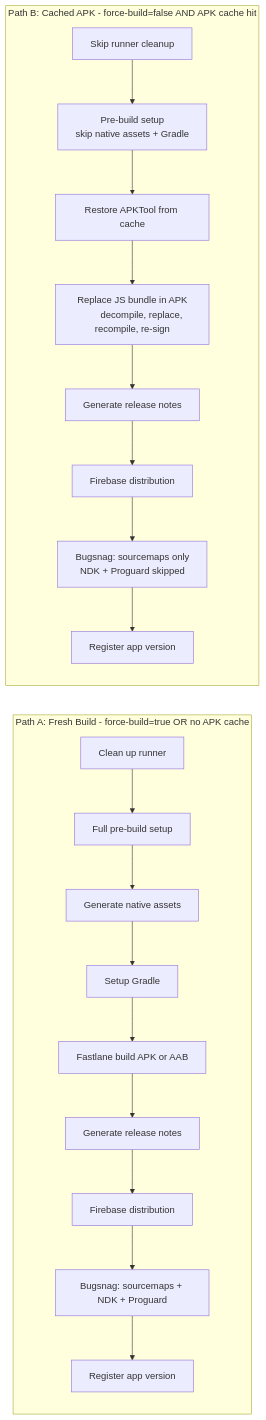
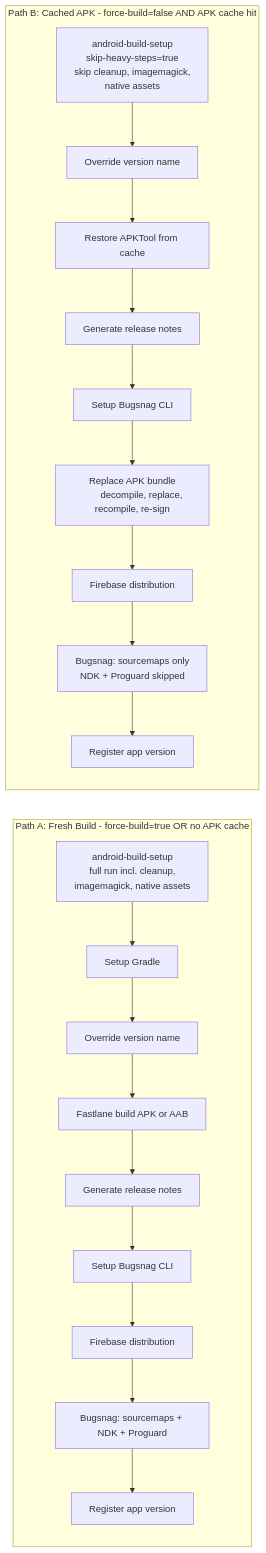
The fifth of 6 diagrams in docs/android-build-staging-graph.md (AtB-AS/mittatb-app), drawn with Mermaid before and after one commit. The commit also changed other lines of this file and 4 other files, not shown here.

Commit message:
tidy-up android build and add documentation

````diff
--- a/docs/android-build-staging-graph.md
+++ b/docs/android-build-staging-graph.md
@@ -278,28 +283,33 @@
 ```mermaid
 flowchart LR
     subgraph fresh ["Path A: Fresh Build - force-build=true OR no APK cache"]
         direction TB
-        f1["Clean up runner"] --> f2["Full pre-build setup"]
-        f2 --> f3["Generate native assets"]
-        f3 --> f4["Setup Gradle"]
-        f4 --> f5["Fastlane build APK or AAB"]
-        f5 --> f6["Generate release notes"]
+        f1["android-build-setup
+        full run incl. cleanup,
+        imagemagick, native assets"] --> f2["Setup Gradle"]
+        f2 --> f3["Override version name"]
+        f3 --> f4["Fastlane build APK or AAB"]
+        f4 --> f5["Generate release notes"]
+        f5 --> f6["Setup Bugsnag CLI"]
         f6 --> f7["Firebase distribution"]
         f7 --> f8["Bugsnag: sourcemaps + NDK + Proguard"]
         f8 --> f9["Register app version"]
     end
 
     subgraph cached ["Path B: Cached APK - force-build=false AND APK cache hit"]
         direction TB
-        c1["Skip runner cleanup"] --> c2["Pre-build setup
-        skip native assets + Gradle"]
+        c1["android-build-setup
+        skip-heavy-steps=true
+        skip cleanup, imagemagick,
+        native assets"] --> c2["Override version name"]
         c2 --> c3["Restore APKTool from cache"]
-        c3 --> c4["Replace JS bundle in APK
+        c3 --> c4["Generate release notes"]
+        c4 --> c5["Setup Bugsnag CLI"]
+        c5 --> c6["Replace APK bundle
         decompile, replace, recompile, re-sign"]
-        c4 --> c5["Generate release notes"]
-        c5 --> c6["Firebase distribution"]
-        c6 --> c7["Bugsnag: sourcemaps only
+        c6 --> c7["Firebase distribution"]
+        c7 --> c8["Bugsnag: sourcemaps only
         NDK + Proguard skipped"]
-        c7 --> c8["Register app version"]
+        c8 --> c9["Register app version"]
     end
 ```
````
